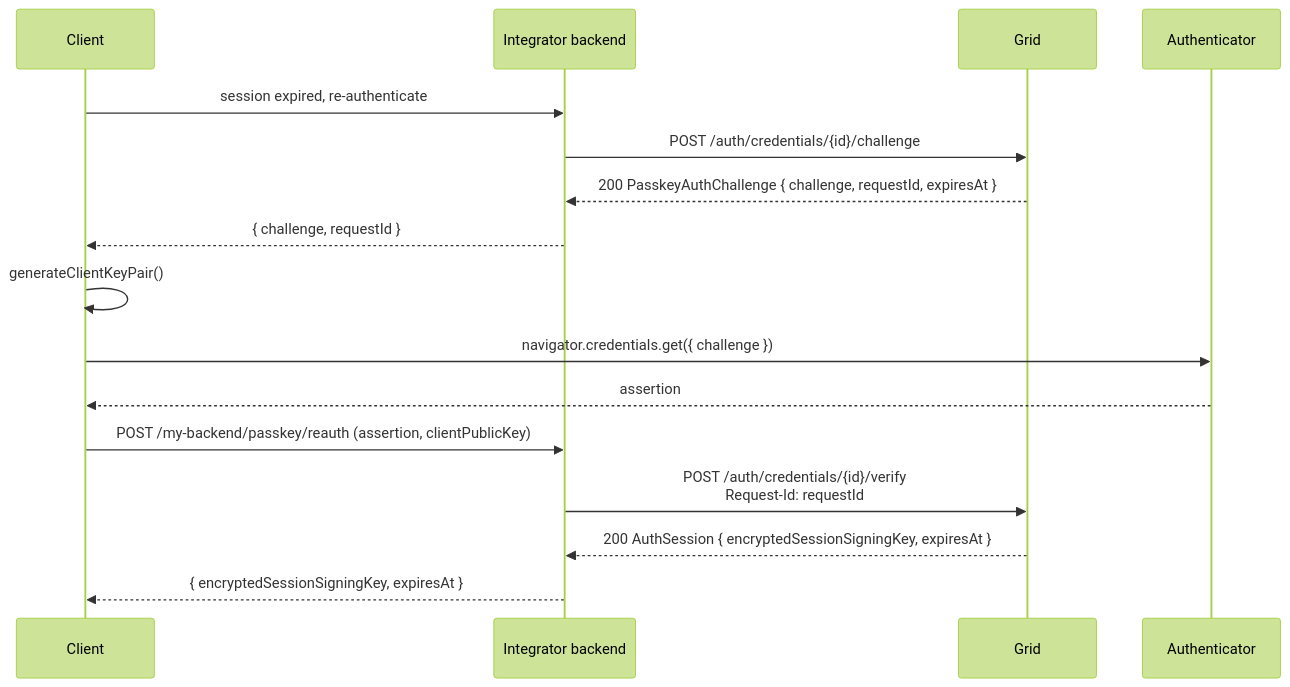
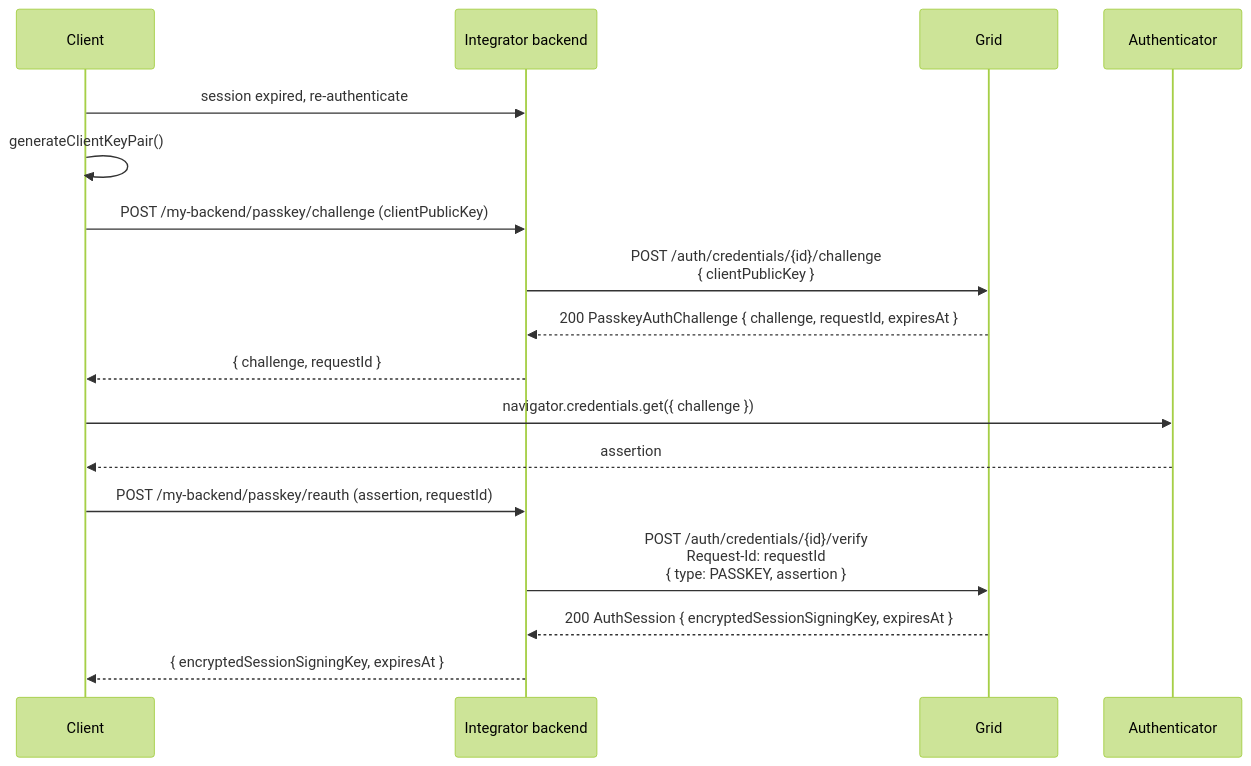
Before and after one commit to lightsparkdev/grid-api: the second of 5 diagrams in mintlify/snippets/global-accounts/authentication.mdx, drawn with Mermaid (forest theme). The commit also changed other lines of this file and 3 other files, not shown here.

````diff
--- a/mintlify/snippets/global-accounts/authentication.mdx
+++ b/mintlify/snippets/global-accounts/authentication.mdx
@@ -303,19 +337,20 @@
 ```mermaid
 sequenceDiagram
   participant C as Client
   participant IB as Integrator backend
   participant G as Grid
   participant A as Authenticator
 
   C->>IB: session expired, re-authenticate
-  IB->>G: POST /auth/credentials/{id}/challenge
+  C->>C: generateClientKeyPair()
+  C->>IB: POST /my-backend/passkey/challenge (clientPublicKey)
+  IB->>G: POST /auth/credentials/{id}/challenge<br/>{ clientPublicKey }
   G-->>IB: 200 PasskeyAuthChallenge { challenge, requestId, expiresAt }
   IB-->>C: { challenge, requestId }
-  C->>C: generateClientKeyPair()
   C->>A: navigator.credentials.get({ challenge })
   A-->>C: assertion
-  C->>IB: POST /my-backend/passkey/reauth (assertion, clientPublicKey)
-  IB->>G: POST /auth/credentials/{id}/verify<br/>Request-Id: requestId
+  C->>IB: POST /my-backend/passkey/reauth (assertion, requestId)
+  IB->>G: POST /auth/credentials/{id}/verify<br/>Request-Id: requestId<br/>{ type: PASSKEY, assertion }
   G-->>IB: 200 AuthSession { encryptedSessionSigningKey, expiresAt }
   IB-->>C: { encryptedSessionSigningKey, expiresAt }
 ```
````
